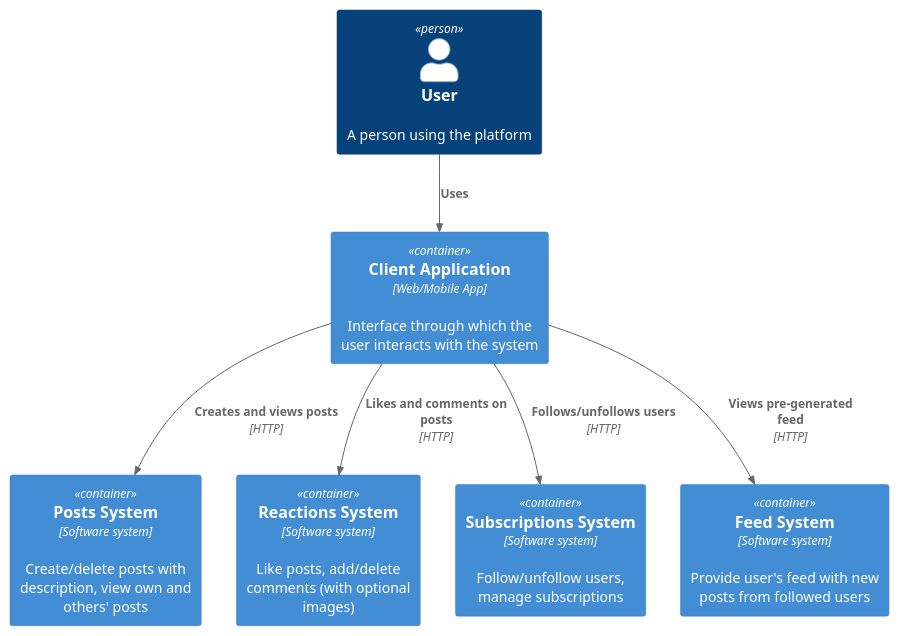
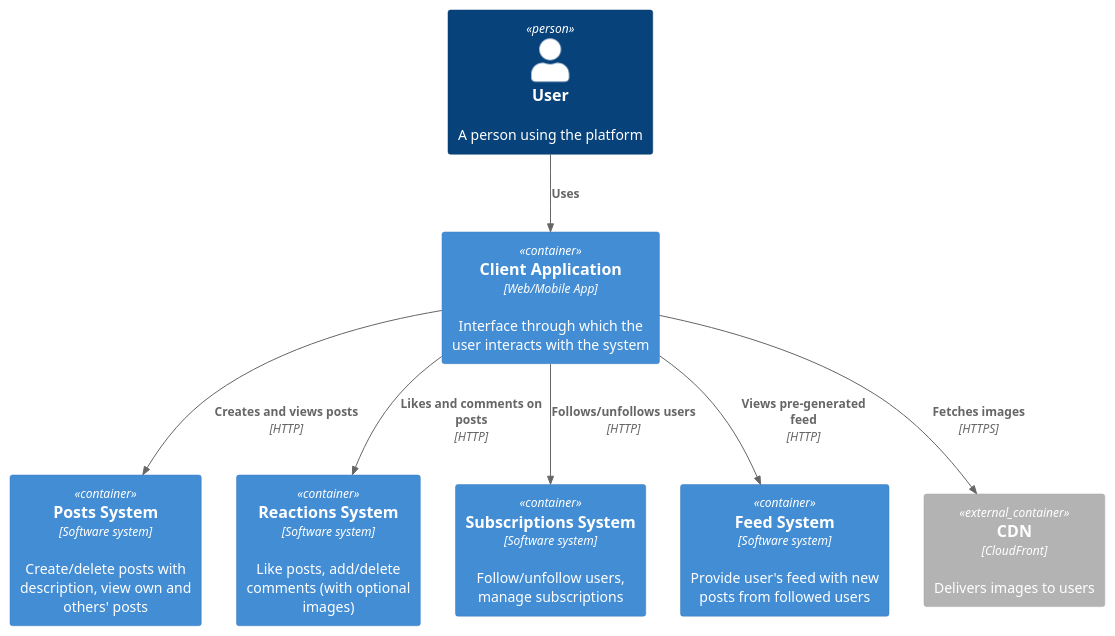
Before and after one commit to Anya97/social_network_system_design: the diagram in architecture/context.puml, drawn with PlantUML. The commit also changed 5 other files, not shown here.

```diff
--- a/architecture/context.puml
+++ b/architecture/context.puml
@@ -1,18 +1,24 @@
 @startuml
 !include https://raw.githubusercontent.com/plantuml-stdlib/C4-PlantUML/master/C4_Container.puml
 
 Person(user, "User", "A person using the platform")
 
 Container(clientApp, "Client Application", "Web/Mobile App", "Interface through which the user interacts with the system")
 
 Container(postsSystem, "Posts System", "Software system", "Create/delete posts with description, view own and others' posts")
 Container(reactionsSystem, "Reactions System", "Software system", "Like posts, add/delete comments (with optional images)")
 Container(subscriptionsSystem, "Subscriptions System", "Software system", "Follow/unfollow users, manage subscriptions")
 Container(feedSystem, "Feed System", "Software system", "Provide user's feed with new posts from followed users")
 
+' External CDN
+Container_Ext(cdn, "CDN", "CloudFront", "Delivers images to users")
+
+' Relationships
 Rel(user, clientApp, "Uses")
 Rel(clientApp, postsSystem, "Creates and views posts", "HTTP")
 Rel(clientApp, reactionsSystem, "Likes and comments on posts", "HTTP")
 Rel(clientApp, subscriptionsSystem, "Follows/unfollows users", "HTTP")
 Rel(clientApp, feedSystem, "Views pre-generated feed", "HTTP")
+
+Rel(clientApp, cdn, "Fetches images", "HTTPS")
 @enduml
```
